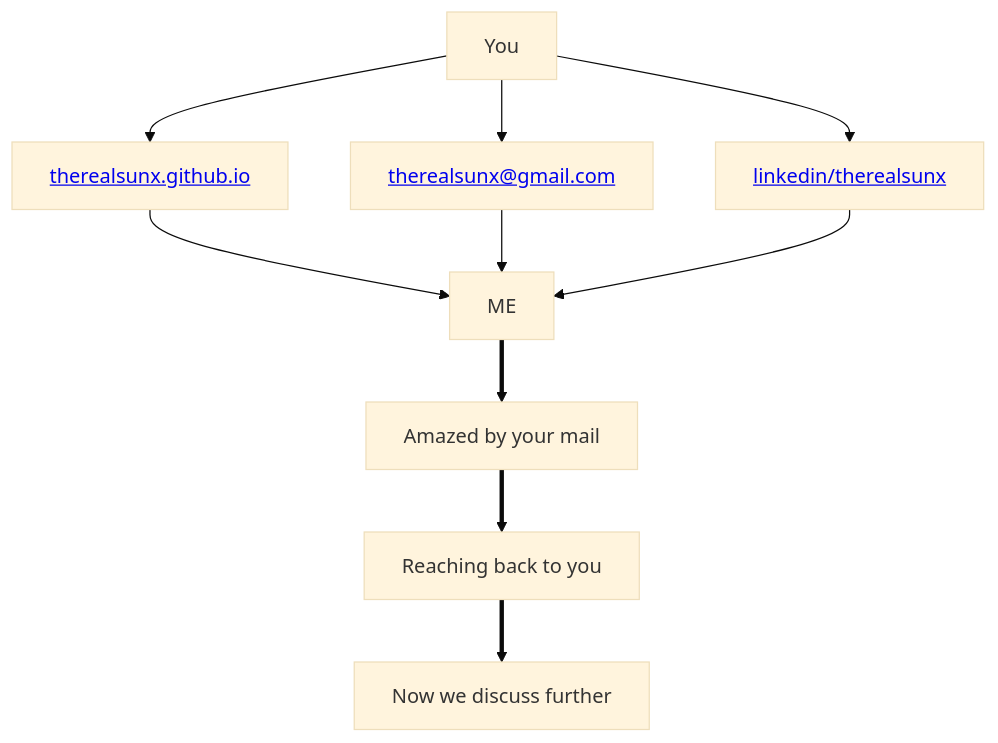
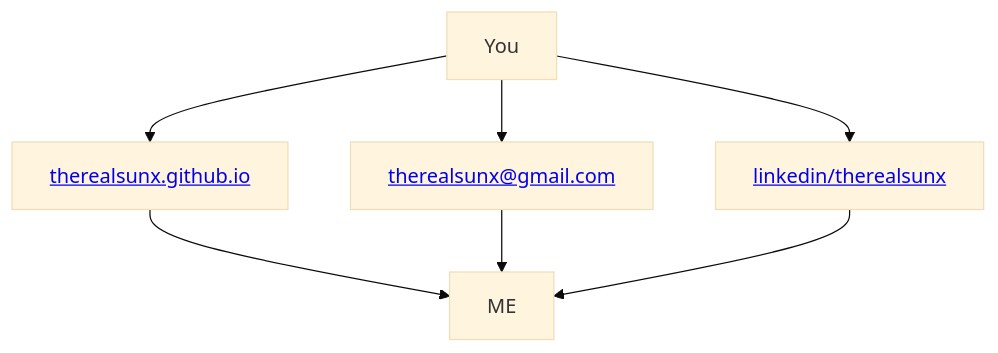
The diagram in README.md (sunxsapk/sunxsapk), drawn with Mermaid (base theme) before and after one commit. The commit also changed other lines of this file, not shown here.

````diff
--- a/README.md
+++ b/README.md
@@ -9,13 +9,10 @@
 ```mermaid
 graph TD;
 
     X[You]-->A[<a href="https://therealsunx.github.io">therealsunx.github.io</a>];
     X-->B[<a href="mailto:therealsunx@gmail.com">therealsunx@gmail.com</a>];
     X-->C[<a href="https://linkedin.com/in/therealsunx">linkedin/therealsunx</a>];
     A-->ME;
     B-->ME;
-    C-->ME
-    ME==>Y[Amazed by your mail];
-    Y==>Z[Reaching back to you];
-    Z==>P[Now we discuss further];
+    C-->ME;
 ```
````
